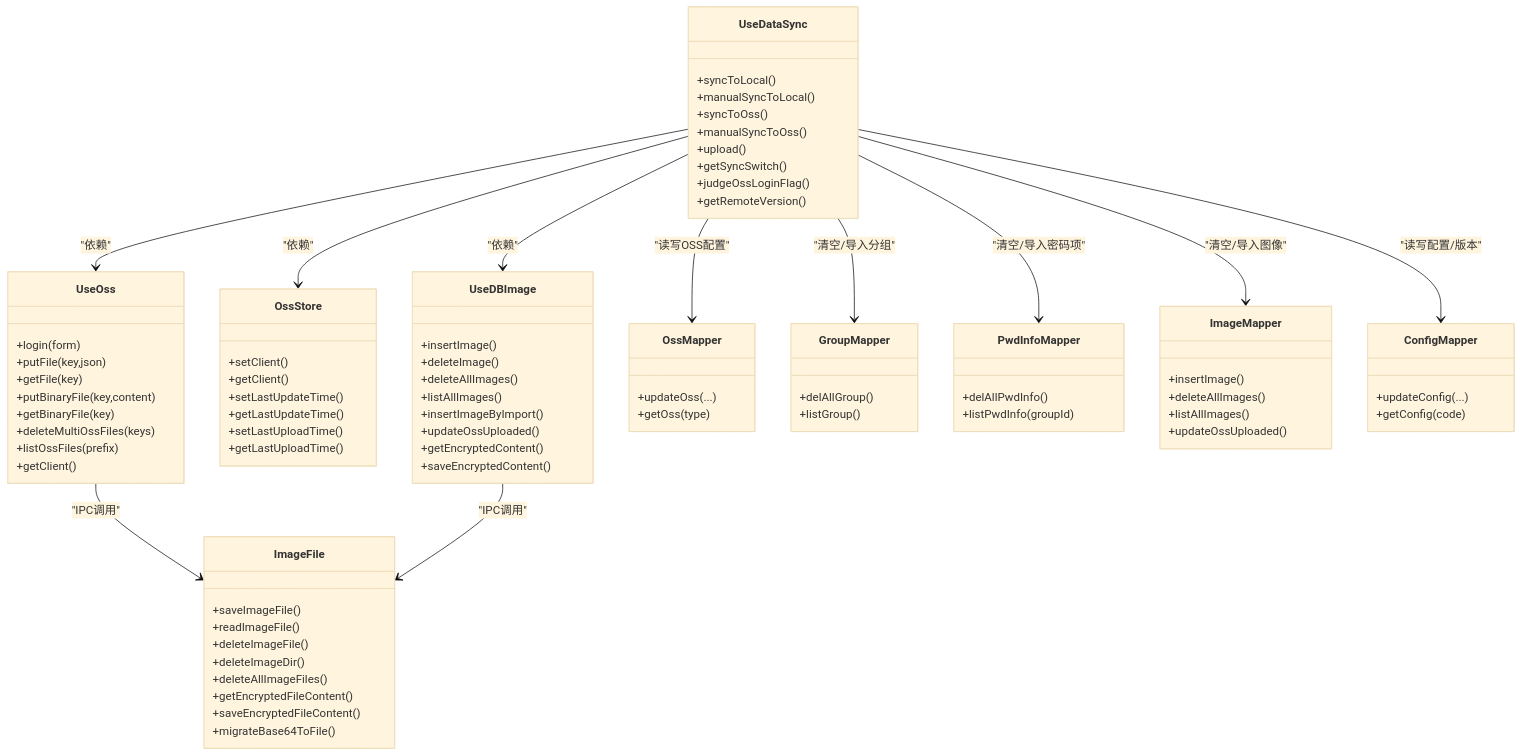
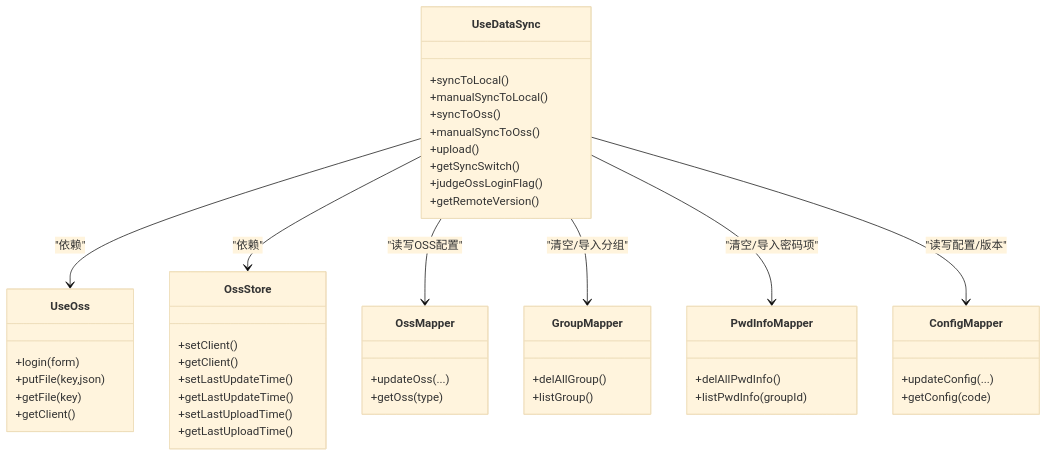
One commit to scgithub3220216/password-manager changed the fourth of 4 diagrams in .qoder/repowiki/zh/content/业务逻辑层/数据同步机制.md. Above: the diagram before and after it, drawn with Mermaid (base theme). The commit also changed other lines of this file and 17 other files, not shown here.

````diff
--- a/.qoder/repowiki/zh/content/业务逻辑层/数据同步机制.md
+++ b/.qoder/repowiki/zh/content/业务逻辑层/数据同步机制.md
@@ -392,10 +299,6 @@
 +login(form)
 +putFile(key,json)
 +getFile(key)
-+putBinaryFile(key,content)
-+getBinaryFile(key)
-+deleteMultiOssFiles(keys)
-+listOssFiles(prefix)
 +getClient()
 }
 class OssStore {
@@ -405,26 +308,6 @@
 +getLastUpdateTime()
 +setLastUploadTime()
 +getLastUploadTime()
-}
-class UseDBImage {
-+insertImage()
-+deleteImage()
-+deleteAllImages()
-+listAllImages()
-+insertImageByImport()
-+updateOssUploaded()
-+getEncryptedContent()
-+saveEncryptedContent()
-}
-class ImageFile {
-+saveImageFile()
-+readImageFile()
-+deleteImageFile()
-+deleteImageDir()
-+deleteAllImageFiles()
-+getEncryptedFileContent()
-+saveEncryptedFileContent()
-+migrateBase64ToFile()
 }
 class OssMapper {
 +updateOss(...)
@@ -438,24 +321,14 @@
 +delAllPwdInfo()
 +listPwdInfo(groupId)
 }
-class ImageMapper {
-+insertImage()
-+deleteAllImages()
-+listAllImages()
-+updateOssUploaded()
-}
 class ConfigMapper {
 +updateConfig(...)
 +getConfig(code)
 }
 UseDataSync --> UseOss : "依赖"
 UseDataSync --> OssStore : "依赖"
-UseDataSync --> UseDBImage : "依赖"
 UseDataSync --> OssMapper : "读写OSS配置"
 UseDataSync --> GroupMapper : "清空/导入分组"
 UseDataSync --> PwdInfoMapper : "清空/导入密码项"
-UseDataSync --> ImageMapper : "清空/导入图像"
 UseDataSync --> ConfigMapper : "读写配置/版本"
-UseOss --> ImageFile : "IPC调用"
-UseDBImage --> ImageFile : "IPC调用"
 ```
````
